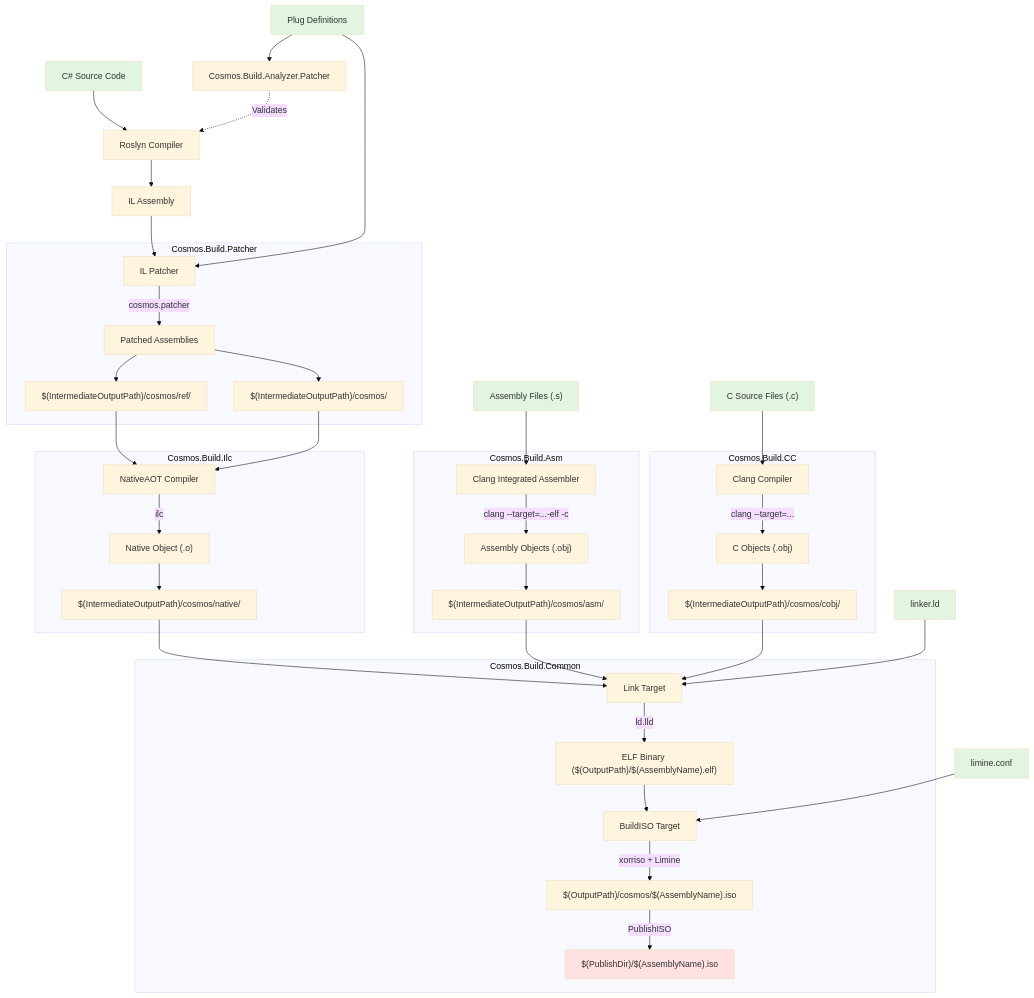
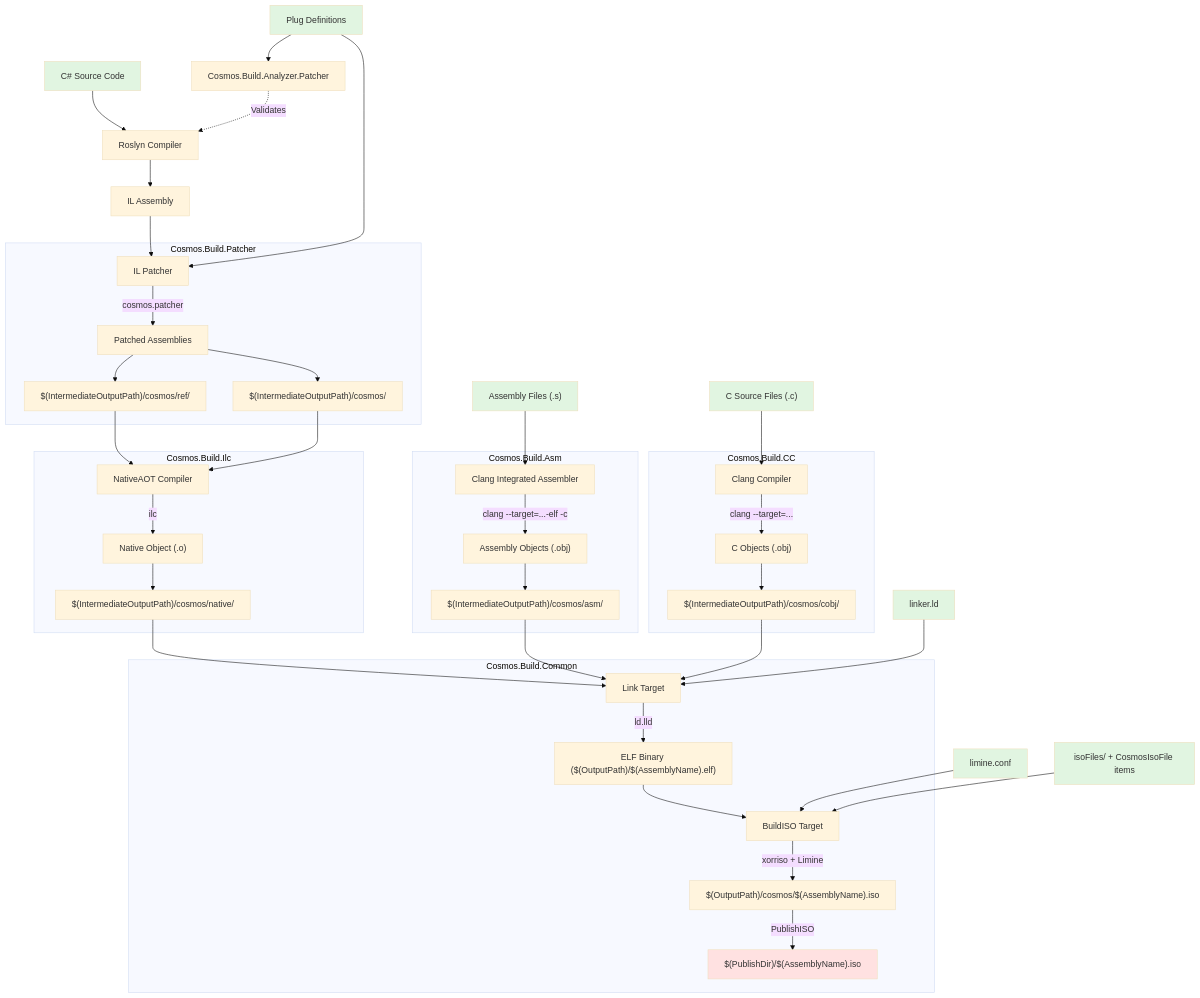
Before and after one commit to CosmosOS/Cosmos: the diagram in docs/articles/dev/build/kernel-compilation-steps.md, drawn with Mermaid (base theme). The commit also changed 15 other files, not shown here.

````diff
--- a/docs/articles/dev/build/kernel-compilation-steps.md
+++ b/docs/articles/dev/build/kernel-compilation-steps.md
@@ -7,61 +7,63 @@
 ```mermaid
 flowchart TD
     CS[C# Source Code] --> ROSLYN[Roslyn Compiler]
     PLUGS[Plug Definitions] --> ANALYZER[Cosmos.Build.Analyzer.Patcher]
     ANALYZER -.-> |Validates| ROSLYN
     ROSLYN --> IL[IL Assembly]
 
     subgraph "Cosmos.Build.Patcher"
         PATCHER[IL Patcher]
         PATCHER --> |cosmos.patcher| PATCHED[Patched Assemblies]
         PATCHED --> COSMOS_REF["$(IntermediateOutputPath)/cosmos/ref/"]
         PATCHED --> COSMOS_ROOT["$(IntermediateOutputPath)/cosmos/"]
     end
     IL --> PATCHER
     PLUGS --> PATCHER
 
     subgraph "Cosmos.Build.Ilc"
         ILC[NativeAOT Compiler]
         ILC --> |ilc| NATIVE["Native Object (.o)"]
         NATIVE --> COSMOS_NATIVE["$(IntermediateOutputPath)/cosmos/native/"]
     end
     COSMOS_REF --> ILC
     COSMOS_ROOT --> ILC
 
     subgraph "Cosmos.Build.Asm"
         ASM_BUILD[Clang Integrated Assembler]
         ASM_BUILD --> |clang --target=...-elf -c| ASM_OBJ["Assembly Objects (.obj)"]
         ASM_OBJ --> COSMOS_ASM["$(IntermediateOutputPath)/cosmos/asm/"]
     end
     ASM_SRC["Assembly Files (.s)"] --> ASM_BUILD
 
     subgraph "Cosmos.Build.CC"
         CC_BUILD[Clang Compiler]
         CC_BUILD --> |"clang --target=..."| C_OBJ["C Objects (.obj)"]
         C_OBJ --> COSMOS_COBJ["$(IntermediateOutputPath)/cosmos/cobj/"]
     end
     C_SRC["C Source Files (.c)"] --> CC_BUILD
 
     subgraph "Cosmos.Build.Common"
         LINK[Link Target]
         LINK --> |ld.lld| ELF["ELF Binary ($(OutputPath)/$(AssemblyName).elf)"]
         ELF --> FINAL_ISO[BuildISO Target]
         FINAL_ISO  --> |xorriso + Limine| ISO_OUT["$(OutputPath)/cosmos/$(AssemblyName).iso"]
         ISO_OUT --> |PublishISO| PUBLISH["$(PublishDir)/$(AssemblyName).iso"]
     end
     
     COSMOS_NATIVE --> LINK
     COSMOS_ASM --> LINK
     COSMOS_COBJ --> LINK
     LINKER_SCRIPT["linker.ld"] --> LINK
     LIMINE_CONF["limine.conf"] --> FINAL_ISO
+    ISO_FILES["isoFiles/ + CosmosIsoFile items"] --> FINAL_ISO
 
     style CS fill:#e1f5e1
     style ASM_SRC fill:#e1f5e1
     style C_SRC fill:#e1f5e1
     style PLUGS fill:#e1f5e1
     style LINKER_SCRIPT fill:#e1f5e1
     style LIMINE_CONF fill:#e1f5e1
+    style ISO_FILES fill:#e1f5e1
     
     style PUBLISH fill:#ffe1e1
 ```
````
